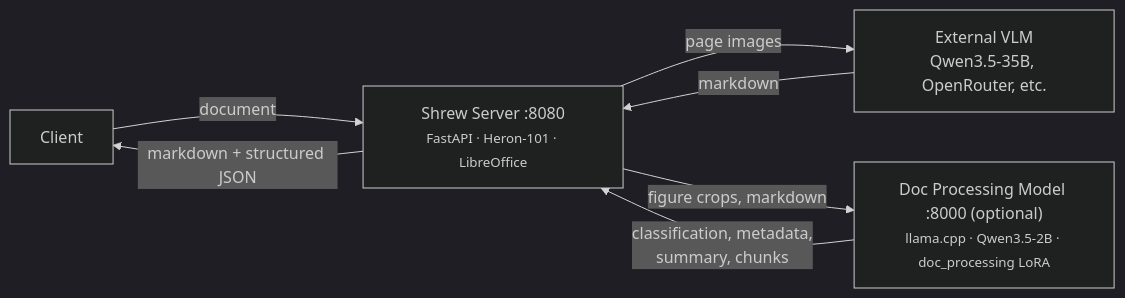
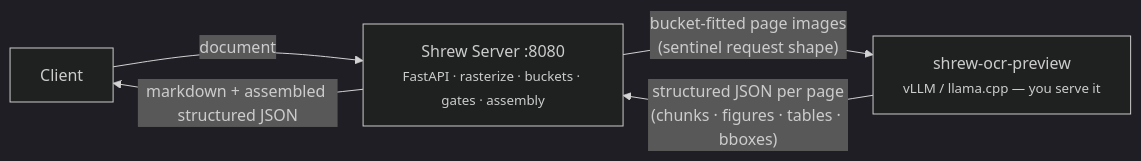
Before and after one commit to btbtyler09/shrew-server: the diagram in README.md, drawn with Mermaid (dark theme). The commit also changed other lines of this file, not shown here.

First line of the commit message:
docs: bring architecture, API schema, and section labels current with the structured pipeline

````diff
--- a/README.md
+++ b/README.md
@@ -70,14 +70,11 @@
 ```mermaid
 graph LR
     Client["Client"]
-    Server["Shrew Server :8080<br><small>FastAPI · Heron-101 · LibreOffice</small>"]
-    VLM["External VLM<br>Qwen3.5-35B, OpenRouter, etc."]
-    Model["Doc Processing Model :8000 (optional)<br><small>llama.cpp · Qwen3.5-2B · doc_processing LoRA</small>"]
+    Server["Shrew Server :8080<br><small>FastAPI · rasterize · buckets · gates · assembly</small>"]
+    VLM["shrew-ocr-preview<br><small>vLLM / llama.cpp — you serve it</small>"]
 
     Client -- "document" --> Server
-    Server -- "page images" --> VLM
-    VLM -- "markdown" --> Server
-    Server -- "figure crops, markdown" --> Model
-    Model -- "classification, metadata,<br>summary, chunks" --> Server
-    Server -- "markdown + structured JSON" --> Client
+    Server -- "bucket-fitted page images<br>(sentinel request shape)" --> VLM
+    VLM -- "structured JSON per page<br>(chunks · figures · tables · bboxes)" --> Server
+    Server -- "markdown + assembled structured JSON" --> Client
 ```
````
